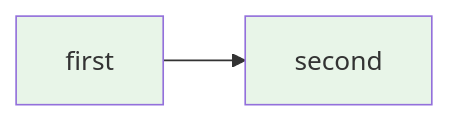
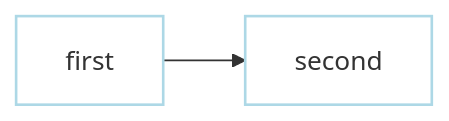
Before and after one commit to dagu-org/dagu: the first of 8 diagrams in docs-next/writing-workflows/examples/index.md, drawn with Mermaid. The commit also changed other lines of this file and 2 other files, not shown here.

````diff
--- a/docs-next/writing-workflows/examples/index.md
+++ b/docs-next/writing-workflows/examples/index.md
@@ -22,6 +22,6 @@
 ```mermaid
 graph LR
     A[first] --> B[second]
-    style A fill:#e8f5e8
-    style B fill:#e8f5e8
+    style A fill:white,stroke:lightblue,stroke-width:1.6px
+    style B fill:white,stroke:lightblue,stroke-width:1.6px
 ```
````
